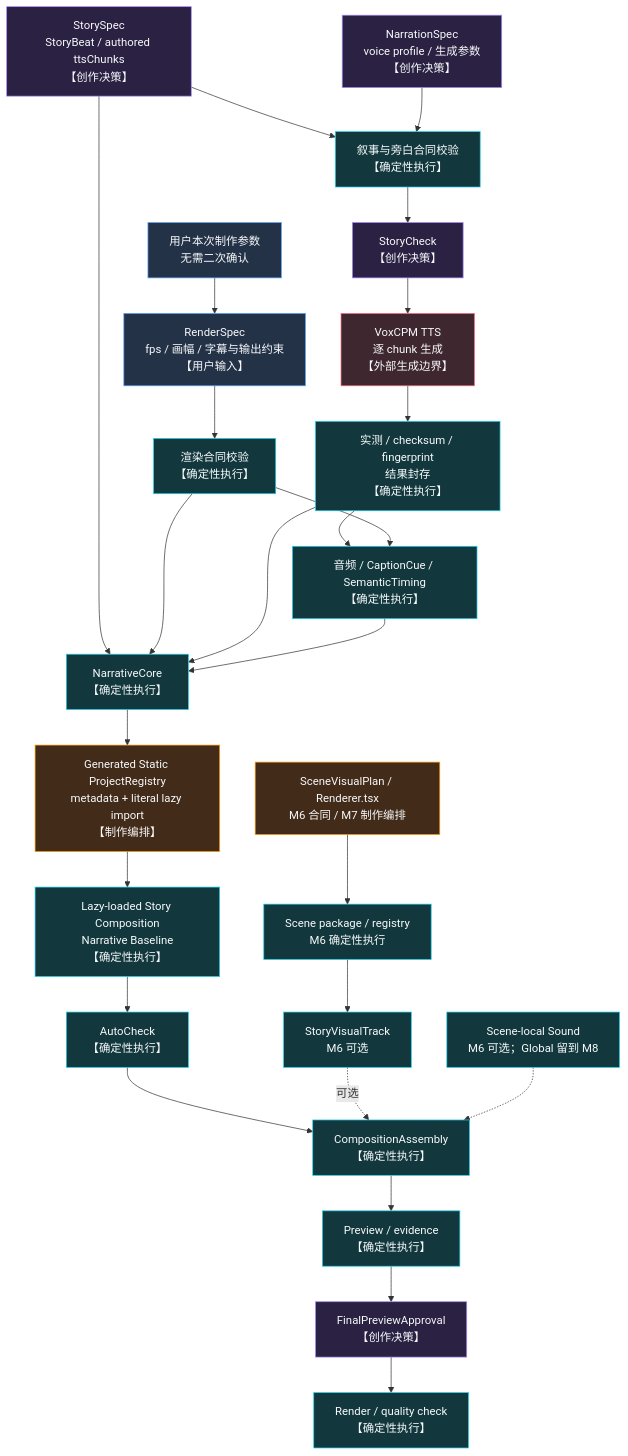
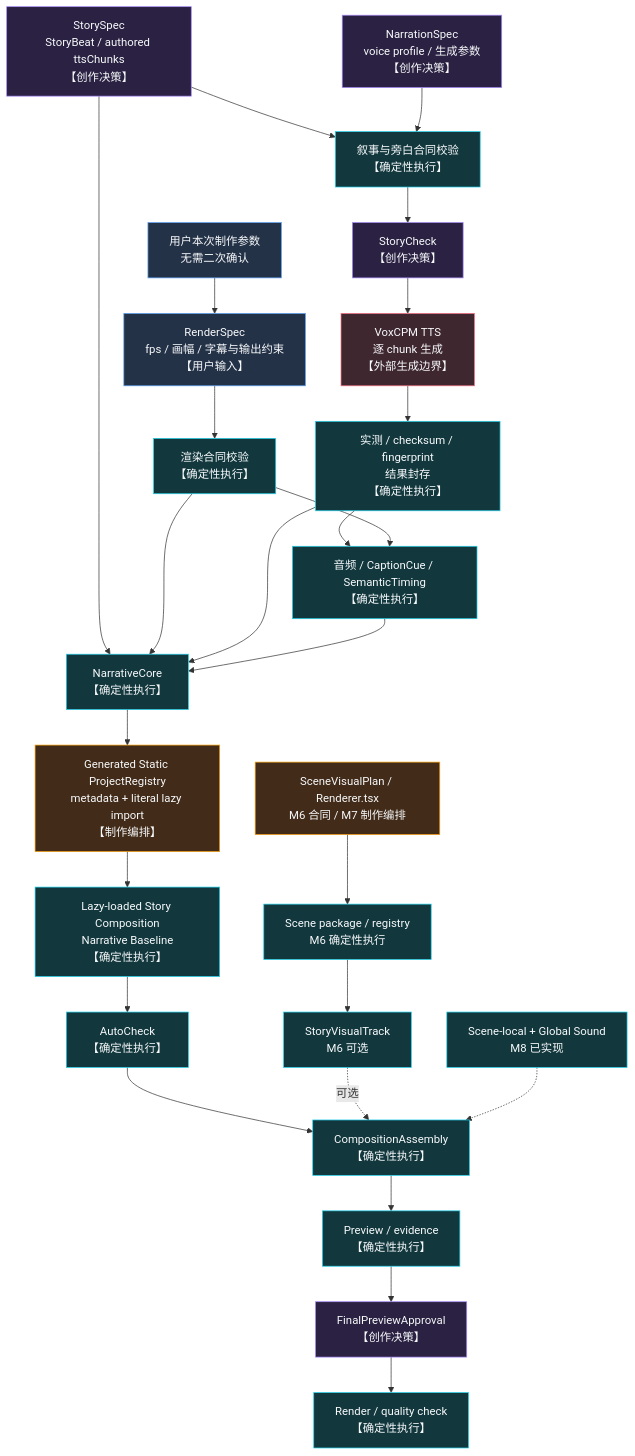
One commit to AXMORF/axmorf-studio changed the first of 2 diagrams in docs/DETERMINISTIC_EXECUTION.md. Above: the diagram before and after it, drawn with Mermaid. The commit also changed other lines of this file and 17 other files, not shown here.

````diff
--- a/docs/DETERMINISTIC_EXECUTION.md
+++ b/docs/DETERMINISTIC_EXECUTION.md
@@ -58,43 +60,43 @@
 ```mermaid
 flowchart TB
     Story["StorySpec<br/>StoryBeat / authored ttsChunks<br/>【创作决策】"]
     NarrationSpec["NarrationSpec<br/>voice profile / 生成参数<br/>【创作决策】"]
     RenderInput["用户本次制作参数<br/>无需二次确认"] --> RenderSpec["RenderSpec<br/>fps / 画幅 / 字幕与输出约束<br/>【用户输入】"]
     Story --> Contract["叙事与旁白合同校验<br/>【确定性执行】"]
     NarrationSpec --> Contract
     RenderSpec --> RenderContract["渲染合同校验<br/>【确定性执行】"]
     Contract --> StoryCheck["StoryCheck<br/>【创作决策】"]
     StoryCheck --> TTS["VoxCPM TTS<br/>逐 chunk 生成<br/>【外部生成边界】"]
     TTS --> Seal["实测 / checksum / fingerprint<br/>结果封存<br/>【确定性执行】"]
     Seal --> Timing["音频 / CaptionCue / SemanticTiming<br/>【确定性执行】"]
     RenderContract --> Timing
 
     Story --> Narrative["NarrativeCore<br/>【确定性执行】"]
     RenderContract --> Narrative
     Seal --> Narrative
     Timing --> Narrative
     Narrative --> ProjectRegistry["Generated Static ProjectRegistry<br/>metadata + literal lazy import<br/>【制作编排】"]
     ProjectRegistry --> Baseline["Lazy-loaded Story Composition<br/>Narrative Baseline<br/>【确定性执行】"]
     Baseline --> Auto["AutoCheck<br/>【确定性执行】"]
 
     VisualSource["SceneVisualPlan / Renderer.tsx<br/>M6 合同 / M7 制作编排"] --> VisualPreflight["Scene package / registry<br/>M6 确定性执行"]
     VisualPreflight --> Visual["StoryVisualTrack<br/>M6 可选"]
 
     Auto --> Assembly["CompositionAssembly<br/>【确定性执行】"]
     Visual -.->|"可选"| Assembly
-    Optional["Scene-local Sound<br/>M6 可选；Global 留到 M8"] -.-> Assembly
+    Optional["Scene-local + Global Sound<br/>M8 已实现"] -.-> Assembly
     Assembly --> Evidence["Preview / evidence<br/>【确定性执行】"]
     Evidence --> Review["FinalPreviewApproval<br/>【创作决策】"]
     Review --> Render["Render / quality check<br/>【确定性执行】"]
 
     classDef input fill:#243247,stroke:#60a5fa,color:#f8fafc;
     classDef creative fill:#2b2142,stroke:#a78bfa,color:#f8fafc;
     classDef orchestration fill:#422b18,stroke:#f59e0b,color:#f8fafc;
     classDef deterministic fill:#12383d,stroke:#22d3ee,color:#f8fafc;
     classDef external fill:#3f2730,stroke:#fb7185,color:#f8fafc;
     class RenderInput,RenderSpec input;
     class Story,NarrationSpec,StoryCheck,Review creative;
     class VisualSource,ProjectRegistry orchestration;
     class TTS external;
     class Contract,RenderContract,Seal,Timing,Narrative,Baseline,Auto,VisualPreflight,Visual,Assembly,Optional,Evidence,Render deterministic;
 ```
````
